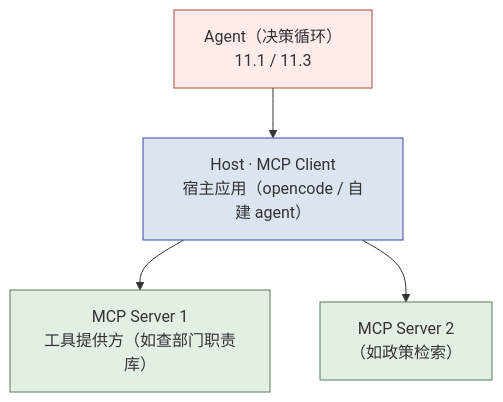
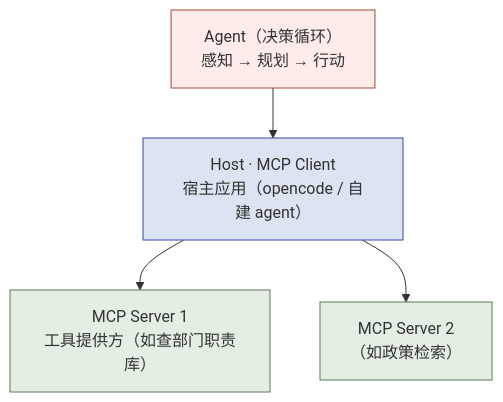
One commit to cloudzun/fde-102 changed the fourth of 5 diagrams in textbook/第11章_Agent方法_自动化边界.md. Above: the diagram before and after it, drawn with Mermaid. The commit also changed other lines of this file and 17 other files, not shown here.

````diff
--- a/textbook/第11章_Agent方法_自动化边界.md
+++ b/textbook/第11章_Agent方法_自动化边界.md
@@ -280,14 +278,14 @@
 ```mermaid
 flowchart TB
-    agent["Agent（决策循环）<br/>11.1 / 11.3"]
+    agent["Agent（决策循环）<br/>感知 → 规划 → 行动"]
     host["Host · MCP Client<br/>宿主应用（opencode / 自建 agent）"]
     srv1["MCP Server 1<br/>工具提供方（如查部门职责库）"]
     srv2["MCP Server 2<br/>（如政策检索）"]
     agent --> host
     host --> srv1
     host --> srv2
     style agent fill:#fdecea,stroke:#a34a3a
     style host fill:#dbe4f0,stroke:#3949ab
     style srv1 fill:#e4efe4,stroke:#5b7a5b
     style srv2 fill:#e4efe4,stroke:#5b7a5b
 ```
````
